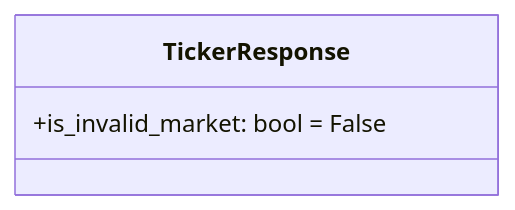
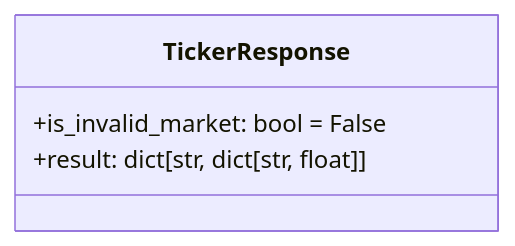
Diagram 11 of 14 in packages/financial-assets/financial_assets/response/Architecture.md (gatesplan/python-toolbox), drawn with Mermaid before and after one commit. The commit also changed other lines of this file and 1 other file, not shown here.

````diff
--- a/packages/financial-assets/financial_assets/response/Architecture.md
+++ b/packages/financial-assets/financial_assets/response/Architecture.md
@@ -398,6 +397,7 @@
 ```mermaid
 classDiagram
     class TickerResponse {
         +is_invalid_market: bool = False
+        +result: dict[str, dict[str, float]]
     }
 ```
````
